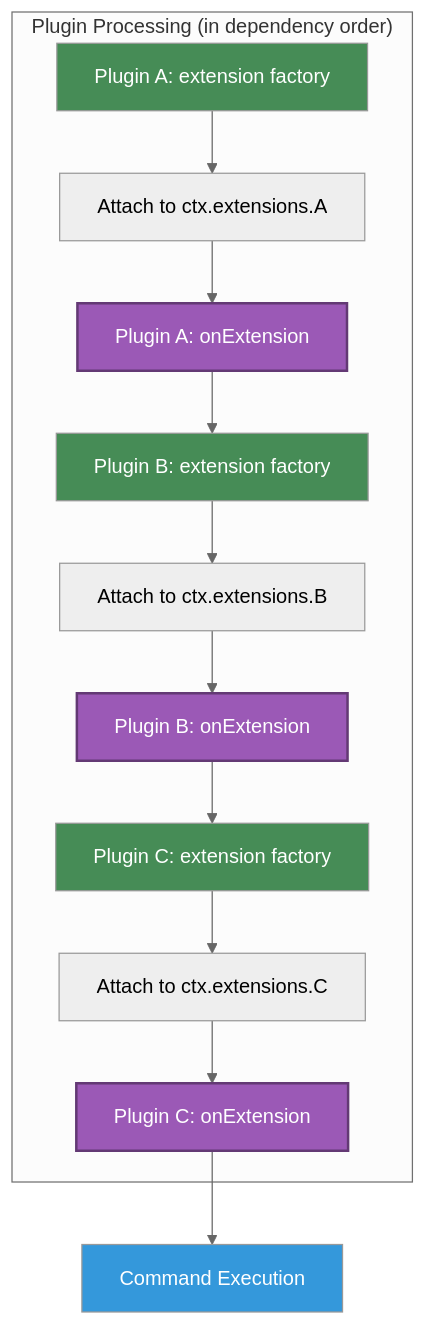
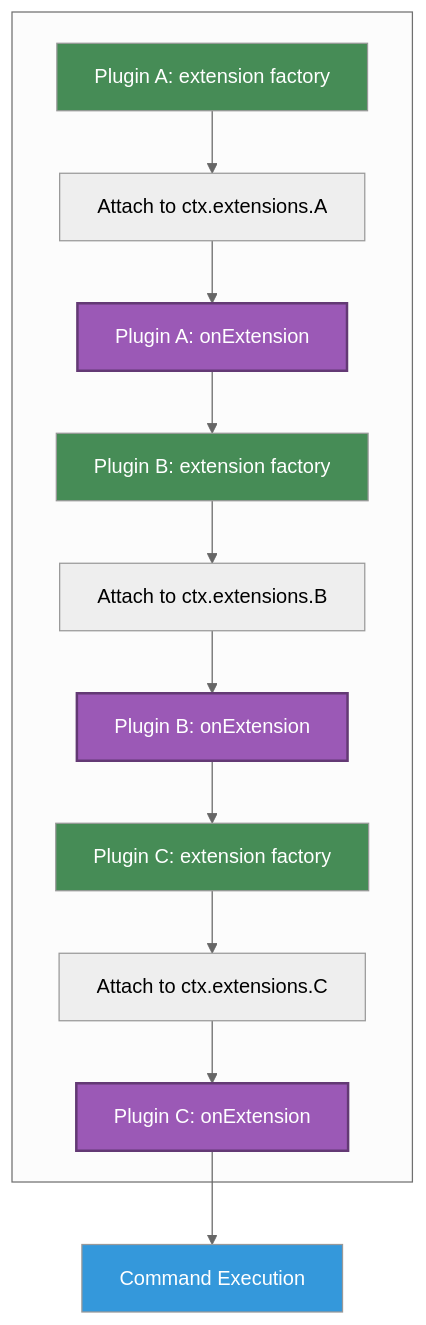
The diagram in packages/docs/src/guide/plugin/extensions.md (kazupon/gunshi), drawn with Mermaid (neutral theme) before and after one commit. The commit also changed other lines of this file and 2 other files, not shown here.

Commit message:
docs: fix mermaid figure

````diff
--- a/packages/docs/src/guide/plugin/extensions.md
+++ b/packages/docs/src/guide/plugin/extensions.md
@@ -65,23 +67,23 @@
 ```mermaid
 graph TD
-    subgraph "Plugin Processing (in dependency order)"
+    subgraph " "
         A1[Plugin A: extension factory] --> A2[Attach to ctx.extensions.A]
         A2 --> A3[Plugin A: onExtension]
         A3 --> B1[Plugin B: extension factory]
         B1 --> B2[Attach to ctx.extensions.B]
         B2 --> B3[Plugin B: onExtension]
         B3 --> C1[Plugin C: extension factory]
         C1 --> C2[Attach to ctx.extensions.C]
         C2 --> C3[Plugin C: onExtension]
     end
 
     C3 --> CMD[Command Execution]
 
     style A1 fill:#468c56,color:white
     style B1 fill:#468c56,color:white
     style C1 fill:#468c56,color:white
     style A3 fill:#9B59B6,stroke:#633974,stroke-width:2px,color:#fff
     style B3 fill:#9B59B6,stroke:#633974,stroke-width:2px,color:#fff
     style C3 fill:#9B59B6,stroke:#633974,stroke-width:2px,color:#fff
     style CMD fill:#3498db,color:white
 ```
````
